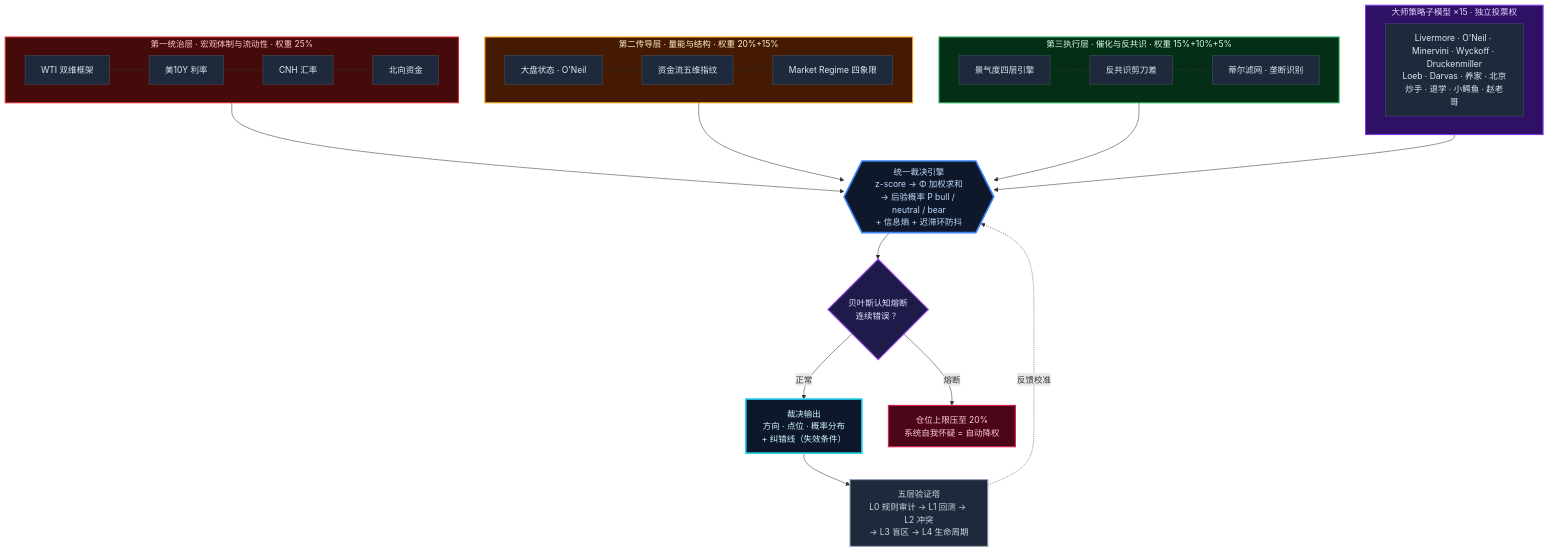
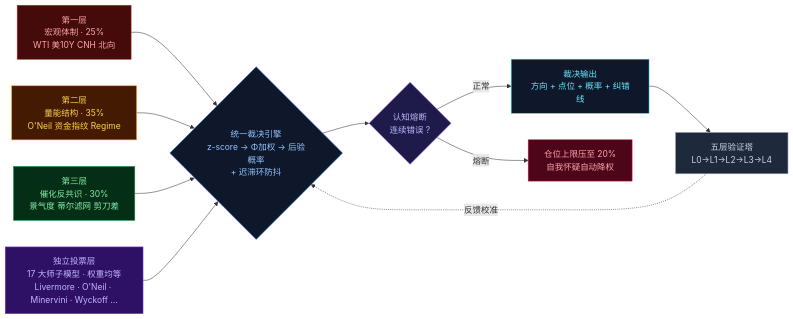
Before and after one commit to ZHENchenghao/tianyan-stock-multiagent: the second of 3 diagrams in README.md, drawn with Mermaid.

Commit message:
架构图平铺简化

````diff
--- a/README.md
+++ b/README.md
@@ -67,49 +67,25 @@
 ```mermaid
-graph TB
-    subgraph TIER1["第一统治层  ·  宏观体制与流动性  ·  权重 25%"]
-        direction LR
-        M1["WTI 双维框架"]:::n --- M2["美10Y 利率"]:::n --- M3["CNH 汇率"]:::n --- M4["北向资金"]:::n
-    end
+graph LR
+    A["第一层<br/>宏观体制 · 25%<br/>WTI 美10Y CNH 北向"] --> E
+    B["第二层<br/>量能结构 · 35%<br/>O'Neil 资金指纹 Regime"] --> E
+    C["第三层<br/>催化反共识 · 30%<br/>景气度 蒂尔滤网 剪刀差"] --> E
+    D["独立投票层<br/>17 大师子模型 · 权重均等<br/>Livermore · O'Neil · Minervini · Wyckoff ..."] --> E
 
-    subgraph TIER2["第二传导层  ·  量能与结构  ·  权重 20%+15%"]
-        direction LR
-        T2A["大盘状态 · O'Neil"]:::n --- T2B["资金流五维指纹"]:::n --- T2C["Market Regime 四象限"]:::n
-    end
+    E{"统一裁决引擎<br/>z-score → Φ加权 → 后验概率<br/>+ 迟滞环防抖"}
 
-    subgraph TIER3["第三执行层  ·  催化与反共识  ·  权重 15%+10%+5%"]
-        direction LR
-        T3A["景气度四层引擎"]:::n --- T3B["反共识剪刀差"]:::n --- T3C["蒂尔滤网 · 垄断识别"]:::n
-    end
+    E --> F{"认知熔断<br/>连续错误 ?"}
+    F -->|正常| G["裁决输出<br/>方向 + 点位 + 概率 + 纠错线"]
+    F -->|熔断| H["仓位上限压至 20%<br/>自我怀疑自动降权"]
+    G --> I["五层验证塔<br/>L0→L1→L2→L3→L4"]
+    I -.反馈校准.-> E
 
-    subgraph MASTERS["大师策略子模型  ×15  ·  独立投票权"]
-        direction LR
-        S["Livermore · O'Neil · Minervini · Wyckoff · Druckenmiller<br/>Loeb · Darvas · 养家 · 北京炒手 · 退学 · 小鳄鱼 · 赵老哥"]:::n
-    end
-
-    TIER1 --> ENGINE
-    TIER2 --> ENGINE
-    TIER3 --> ENGINE
-    MASTERS --> ENGINE
-
-    ENGINE{{"统一裁决引擎<br/>z-score → Φ 加权求和<br/>→ 后验概率 P bull / neutral / bear<br/>+ 信息熵 + 迟滞环防抖"}}:::core
-
-    ENGINE --> FUSE{"贝叶斯认知熔断<br/>连续错误 ？"}:::fuse
-    FUSE -->|"正常"| OUTPUT
-    FUSE -->|"熔断"| CAP["仓位上限压至 20%<br/>系统自我怀疑 = 自动降权"]:::cap
-
-    OUTPUT["裁决输出<br/>方向 · 点位 · 概率分布<br/>+ 纠错线（失效条件）"]:::out
-    OUTPUT --> TOWER["五层验证塔<br/>L0 规则审计 → L1 回测 → L2 冲突<br/>→ L3 盲区 → L4 生命周期"]:::tower
-    TOWER -.->|"反馈校准"| ENGINE
-
-    classDef n fill:#1e293b,stroke:#475569,color:#e2e8f0,stroke-width:1px
-    classDef core fill:#0f172a,stroke:#3b82f6,color:#bfdbfe,stroke-width:3px
-    classDef fuse fill:#1e1b4b,stroke:#a855f7,color:#e0e7ff,stroke-width:2px
-    classDef cap fill:#4c0519,stroke:#e11d48,color:#fecdd3,stroke-width:2px
-    classDef out fill:#0f172a,stroke:#22d3ee,color:#cffafe,stroke-width:3px
-    classDef tower fill:#1e293b,stroke:#94a3b8,color:#cbd5e1,stroke-width:2px
-
-    style TIER1 fill:#450a0a,stroke:#dc2626,color:#fecaca,stroke-width:2px
-    style TIER2 fill:#451a03,stroke:#f59e0b,color:#fef3c7,stroke-width:2px
-    style TIER3 fill:#052e16,stroke:#16a34a,color:#dcfce7,stroke-width:2px
-    style MASTERS fill:#2e1065,stroke:#7c3aed,color:#e9d5ff,stroke-width:2px
+    style A fill:#450a0a,stroke:#dc2626,color:#fca5a5
+    style B fill:#451a03,stroke:#f59e0b,color:#fcd34d
+    style C fill:#052e16,stroke:#16a34a,color:#86efac
+    style D fill:#2e1065,stroke:#7c3aed,color:#c4b5fd
+    style E fill:#0f172a,stroke:#3b82f6,color:#93c5fd
+    style F fill:#1e1b4b,stroke:#a855f7,color:#c4b5fd
+    style G fill:#0f172a,stroke:#22d3ee,color:#67e8f9
+    style H fill:#4c0519,stroke:#e11d48,color:#fda4af
+    style I fill:#1e293b,stroke:#94a3b8,color:#cbd5e1
 ```
````
